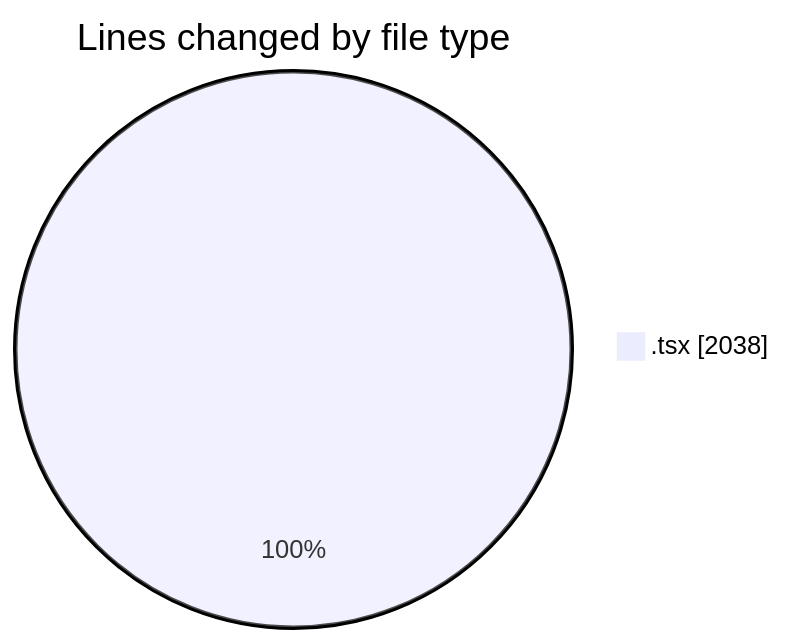
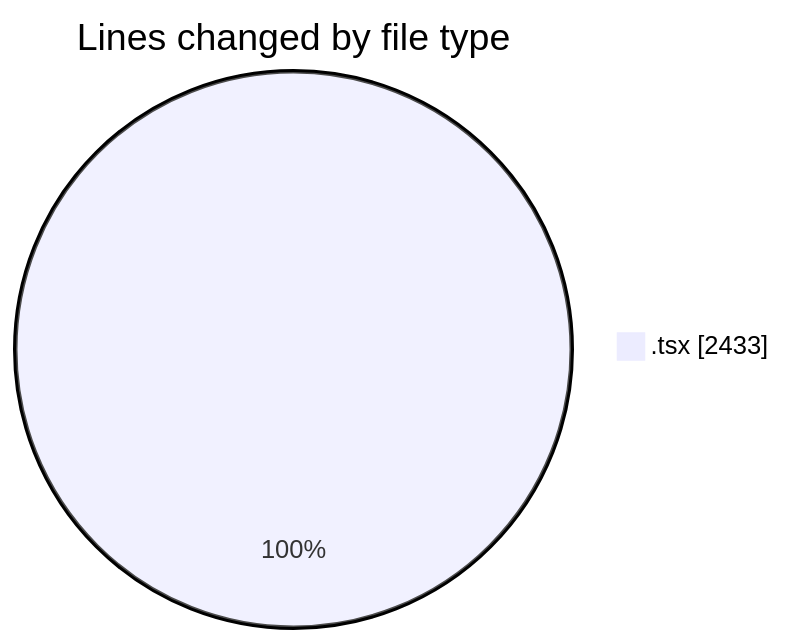
One commit to Ritupan-Deka/code-tracking changed the first of 2 diagrams in 2025-10-19/scopecraft/README.md. Above: the diagram before and after it, drawn with Mermaid. The commit also changed other lines of this file and 1 other file, not shown here.

````diff
--- a/2025-10-19/scopecraft/README.md
+++ b/2025-10-19/scopecraft/README.md
@@ -27,5 +27,5 @@
 ```mermaid
 pie showData
 title Lines changed by file type
-".tsx" : 2038
+".tsx" : 2433
 ```
````
